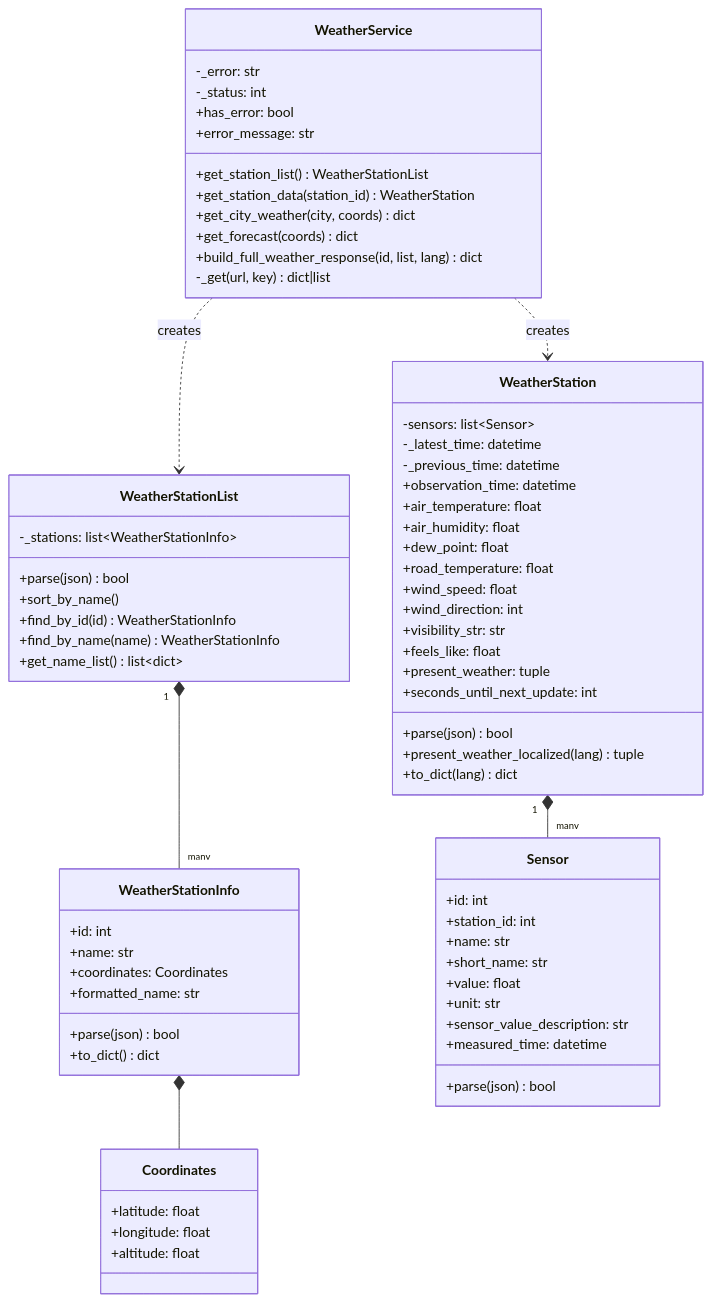
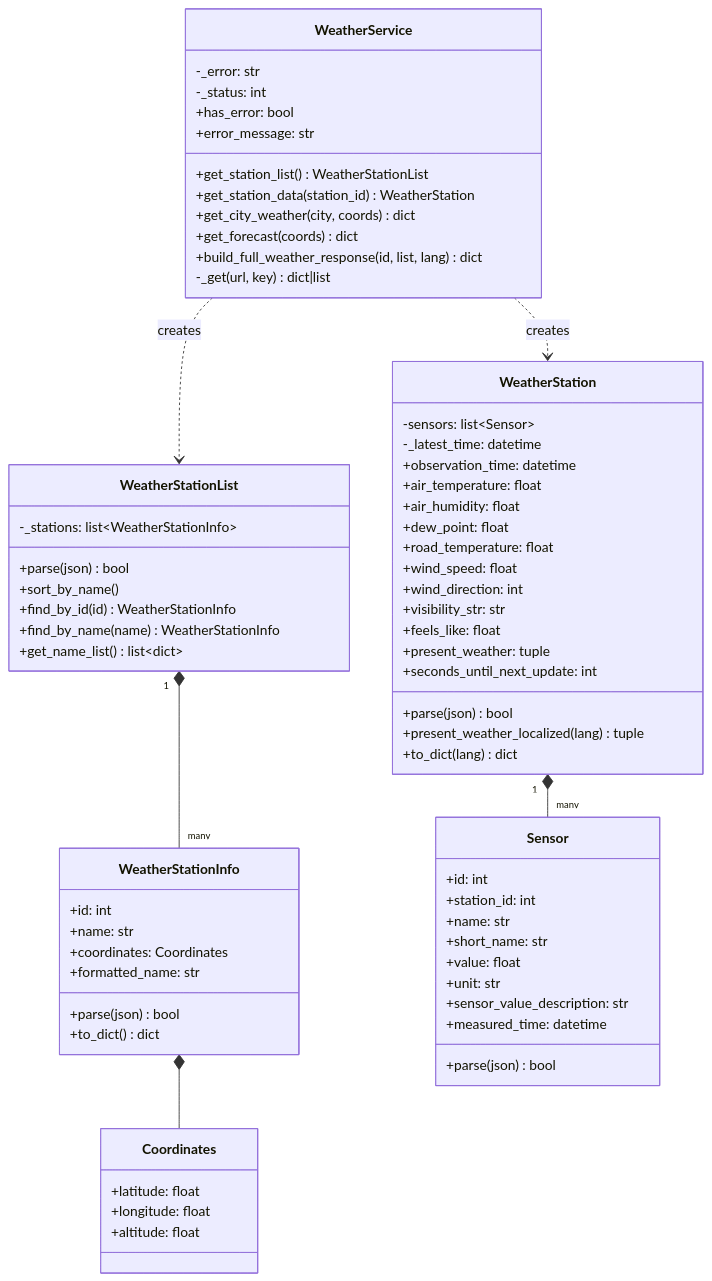
Before and after one commit to jjankkil/weatherview-django: the second of 9 diagrams in docs/ARCHITECTURE.md, drawn with Mermaid. The commit also changed other lines of this file and 7 other files, not shown here.

````diff
--- a/docs/ARCHITECTURE.md
+++ b/docs/ARCHITECTURE.md
@@ -89,77 +89,76 @@
 ```mermaid
 classDiagram
     class WeatherService {
         -_error: str
         -_status: int
         +has_error: bool
         +error_message: str
         +get_station_list() WeatherStationList
         +get_station_data(station_id) WeatherStation
         +get_city_weather(city, coords) dict
         +get_forecast(coords) dict
         +build_full_weather_response(id, list, lang) dict
         -_get(url, key) dict|list
     }
 
     class WeatherStationList {
         -_stations: list~WeatherStationInfo~
         +parse(json) bool
         +sort_by_name()
         +find_by_id(id) WeatherStationInfo
         +find_by_name(name) WeatherStationInfo
         +get_name_list() list~dict~
     }
 
     class WeatherStationInfo {
         +id: int
         +name: str
         +coordinates: Coordinates
         +formatted_name: str
         +parse(json) bool
         +to_dict() dict
     }
 
     class Coordinates {
         +latitude: float
         +longitude: float
         +altitude: float
     }
 
     class WeatherStation {
         -sensors: list~Sensor~
         -_latest_time: datetime
-        -_previous_time: datetime
         +parse(json) bool
         +observation_time: datetime
         +air_temperature: float
         +air_humidity: float
         +dew_point: float
         +road_temperature: float
         +wind_speed: float
         +wind_direction: int
         +visibility_str: str
         +feels_like: float
         +present_weather: tuple
         +present_weather_localized(lang) tuple
         +seconds_until_next_update: int
         +to_dict(lang) dict
     }
 
     class Sensor {
         +id: int
         +station_id: int
         +name: str
         +short_name: str
         +value: float
         +unit: str
         +sensor_value_description: str
         +measured_time: datetime
         +parse(json) bool
     }
 
     WeatherService ..> WeatherStationList : creates
     WeatherService ..> WeatherStation : creates
     WeatherStationList "1" *-- "many" WeatherStationInfo
     WeatherStationInfo *-- Coordinates
     WeatherStation "1" *-- "many" Sensor
 ```
````
